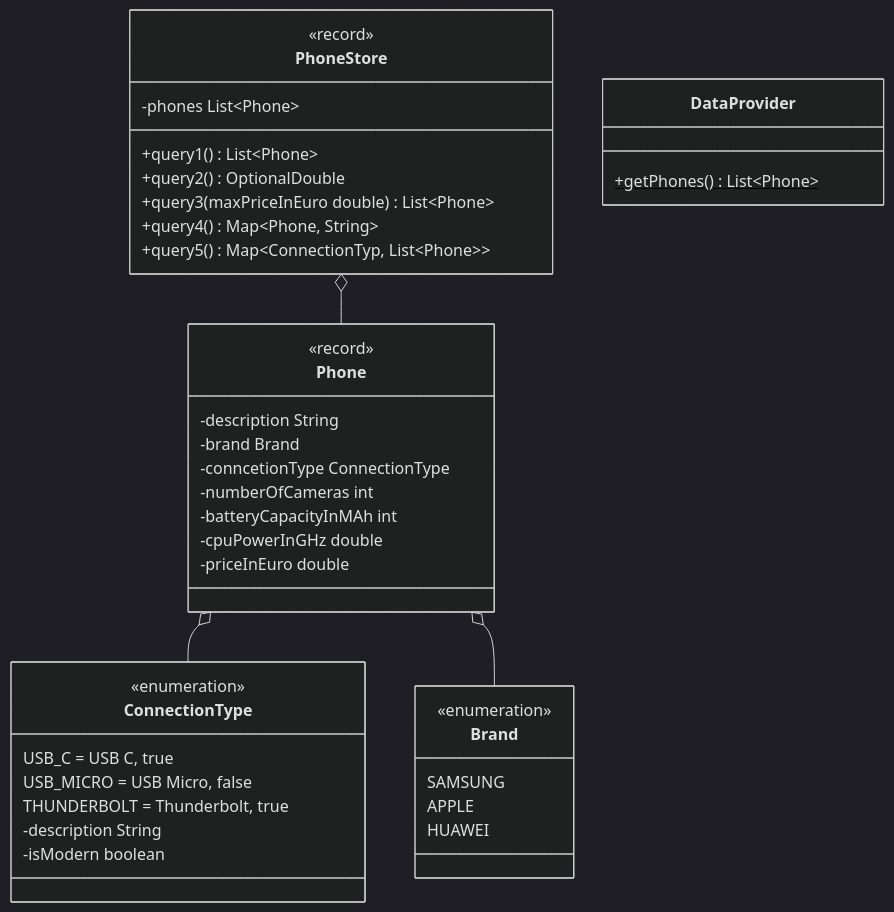
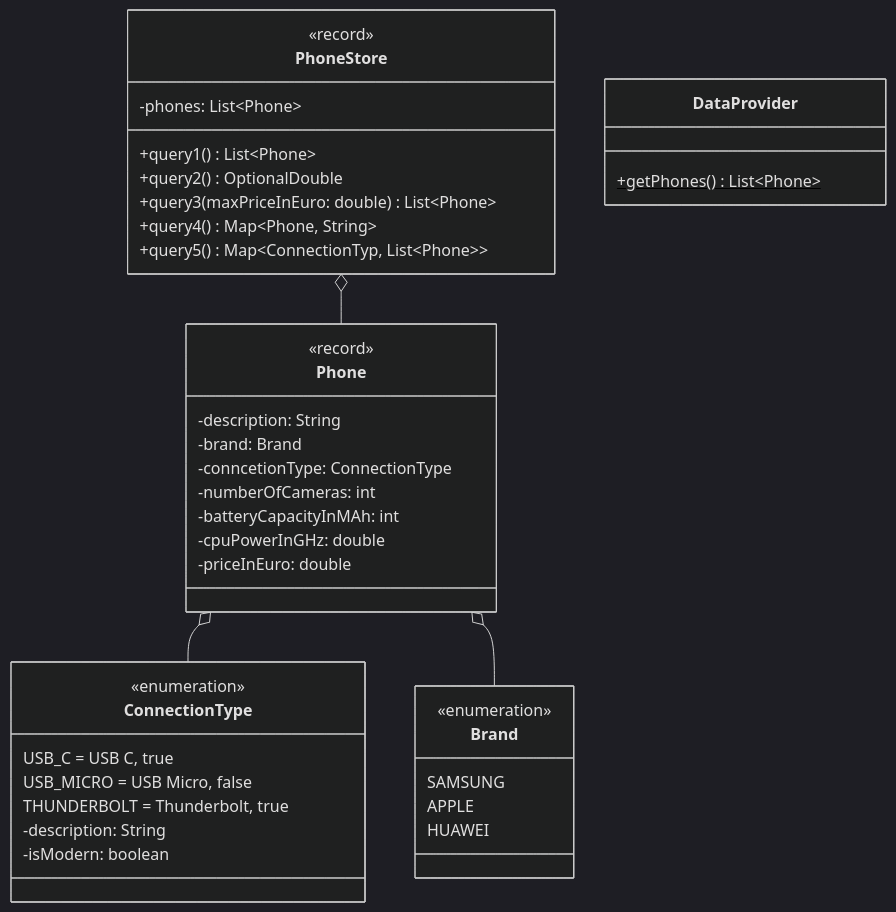
One commit to jappuccini/java-docs changed the diagram in docs/exam-exercises/exam-exercises-java2/phone-store.md. Above: the diagram before and after it, drawn with Mermaid (dark theme). The commit also changed other lines of this file and 76 other files, not shown here.

Commit message:
uml fixes (colons, properties), headline fixes (italic) and exam result updates

````diff
--- a/docs/exam-exercises/exam-exercises-java2/phone-store.md
+++ b/docs/exam-exercises/exam-exercises-java2/phone-store.md
@@ -12,47 +12,47 @@
 ```mermaid
 classDiagram
     Phone o-- ConnectionType
     Phone o-- Brand
     PhoneStore o-- Phone
 
     class ConnectionType {
         <<enumeration>>
         USB_C = USB C, true
         USB_MICRO = USB Micro, false
         THUNDERBOLT = Thunderbolt, true
-        -description String
-        -isModern boolean
+        -description: String
+        -isModern: boolean
     }
 
     class Brand {
         <<enumeration>>
         SAMSUNG
         APPLE
         HUAWEI
     }
 
     class Phone {
         <<record>>
-        -description String
-        -brand Brand
-        -conncetionType ConnectionType
-        -numberOfCameras int
-        -batteryCapacityInMAh int
-        -cpuPowerInGHz double
-        -priceInEuro double
+        -description: String
+        -brand: Brand
+        -conncetionType: ConnectionType
+        -numberOfCameras: int
+        -batteryCapacityInMAh: int
+        -cpuPowerInGHz: double
+        -priceInEuro: double
     }
 
     class DataProvider {
         +getPhones()$ List~Phone~
     }
 
     class PhoneStore {
         <<record>>
-        -phones List~Phone~
+        -phones: List~Phone~
         +query1() List~Phone~
         +query2() OptionalDouble
-        +query3(maxPriceInEuro double) List~Phone~
-        +query4() Map~Phone&sbquo; String~
+        +query3(maxPriceInEuro: double) List~Phone~
+        +query4() Map~Phone, String~
         +query5() Map~ConnectionTyp&sbquo; List~Phone~~
     }
 ```
````
